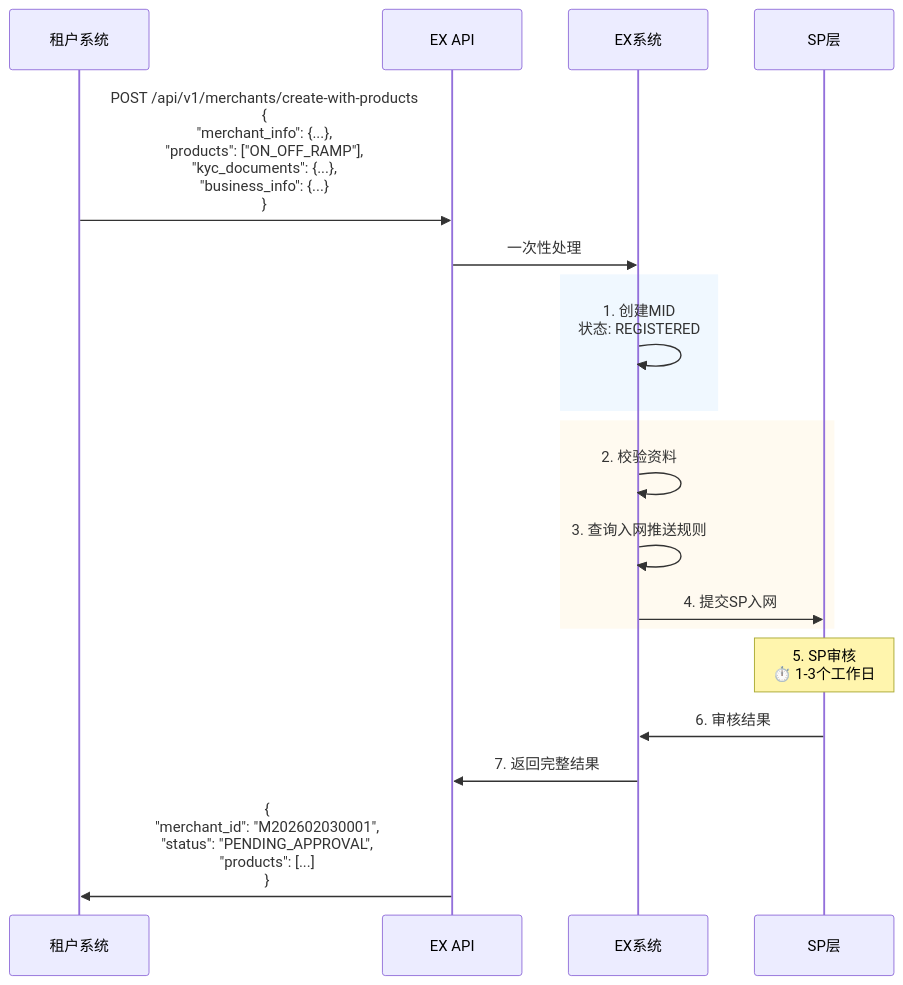
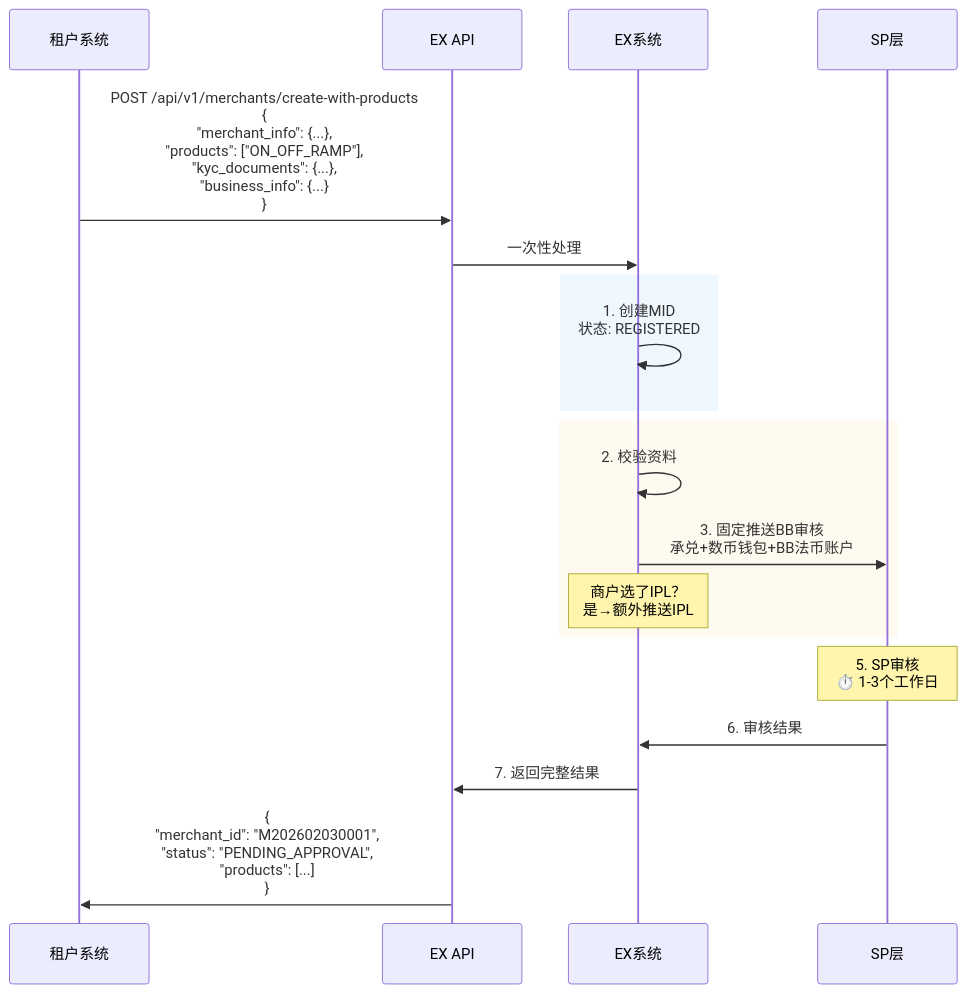
One commit to xiaoxiaoangie/EX-NEW changed the sixth of 7 diagrams in CRYPTO-FIAT/onofframp-prd/productionopening.md. Above: the diagram before and after it, drawn with Mermaid. The commit also changed other lines of this file and 7 other files, not shown here.

````diff
--- a/CRYPTO-FIAT/onofframp-prd/productionopening.md
+++ b/CRYPTO-FIAT/onofframp-prd/productionopening.md
@@ -797,28 +741,28 @@
 ```mermaid
 sequenceDiagram
     participant Tenant as 租户系统
     participant API as EX API
     participant EX as EX系统
     participant SP as SP层
   
     Tenant->>API: POST /api/v1/merchants/create-with-products<br/>{<br/>  "merchant_info": {...},<br/>  "products": ["ON_OFF_RAMP"],<br/>  "kyc_documents": {...},<br/>  "business_info": {...}<br/>}
   
     API->>EX: 一次性处理
   
     rect rgb(240, 248, 255)
         EX->>EX: 1. 创建MID<br/>状态: REGISTERED
     end
   
     rect rgb(255, 250, 240)
         EX->>EX: 2. 校验资料
-        EX->>EX: 3. 查询入网推送规则
-        EX->>SP: 4. 提交SP入网
+        EX->>SP: 3. 固定推送BB审核<br/>承兑+数币钱包+BB法币账户
+        Note over EX: 商户选了IPL？<br/>是→额外推送IPL
     end
   
     Note over SP: 5. SP审核<br/>⏱️ 1-3个工作日
   
     SP->>EX: 6. 审核结果
     EX->>API: 7. 返回完整结果
   
     API->>Tenant: {<br/>  "merchant_id": "M202602030001",<br/>  "status": "PENDING_APPROVAL",<br/>  "products": [...]<br/>}
 ```
````
